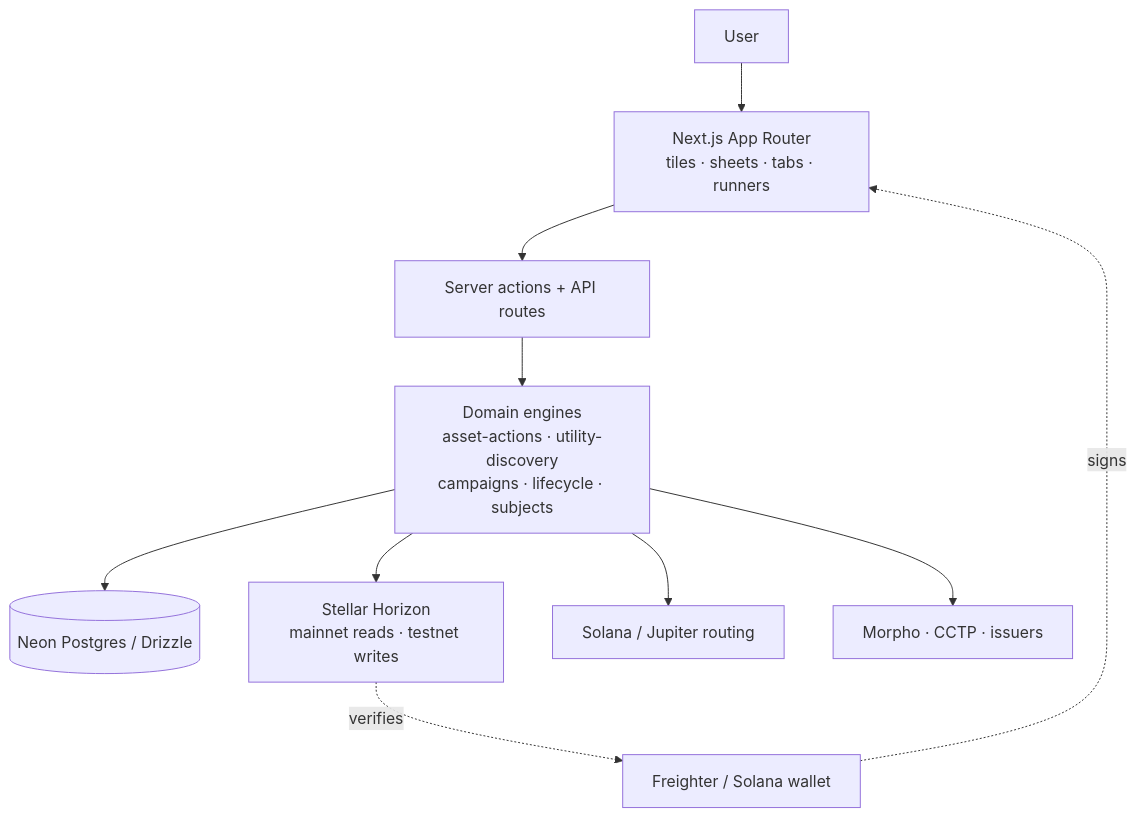
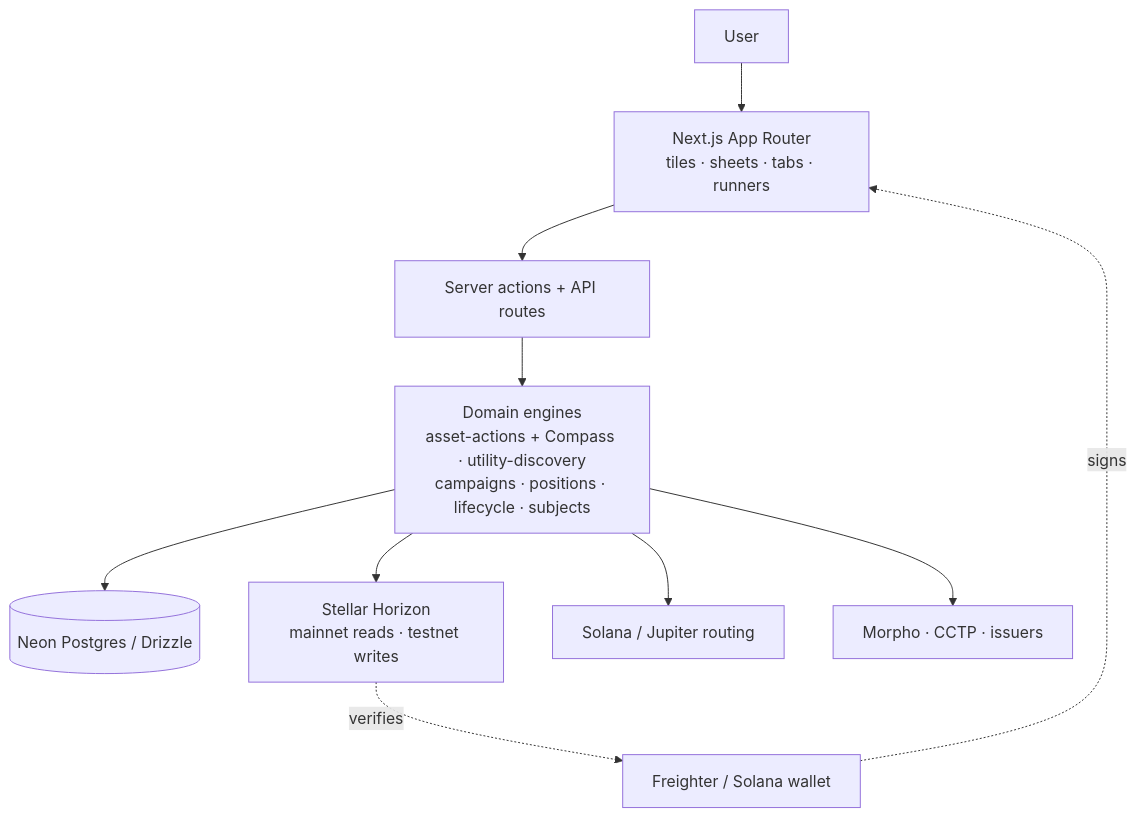
One commit to kaelah971/vicus changed the diagram in README.md. Above: the diagram before and after it, drawn with Mermaid. The commit also changed other lines of this file, not shown here.

````diff
--- a/README.md
+++ b/README.md
@@ -135,12 +163,12 @@
 ```mermaid
 flowchart TD
     User[User] --> App[Next.js App Router<br/>tiles · sheets · tabs · runners]
     Wallet[Freighter / Solana wallet] -. signs .-> App
     App --> API[Server actions + API routes]
-    API --> Engines[Domain engines<br/>asset-actions · utility-discovery<br/>campaigns · lifecycle · subjects]
+    API --> Engines[Domain engines<br/>asset-actions + Compass · utility-discovery<br/>campaigns · positions · lifecycle · subjects]
     Engines --> DB[(Neon Postgres / Drizzle)]
     Engines --> Horizon[Stellar Horizon<br/>mainnet reads · testnet writes]
     Engines --> Solana[Solana / Jupiter routing]
     Engines --> External[Morpho · CCTP · issuers]
     Horizon -. verifies .-> Wallet
 ```
````
